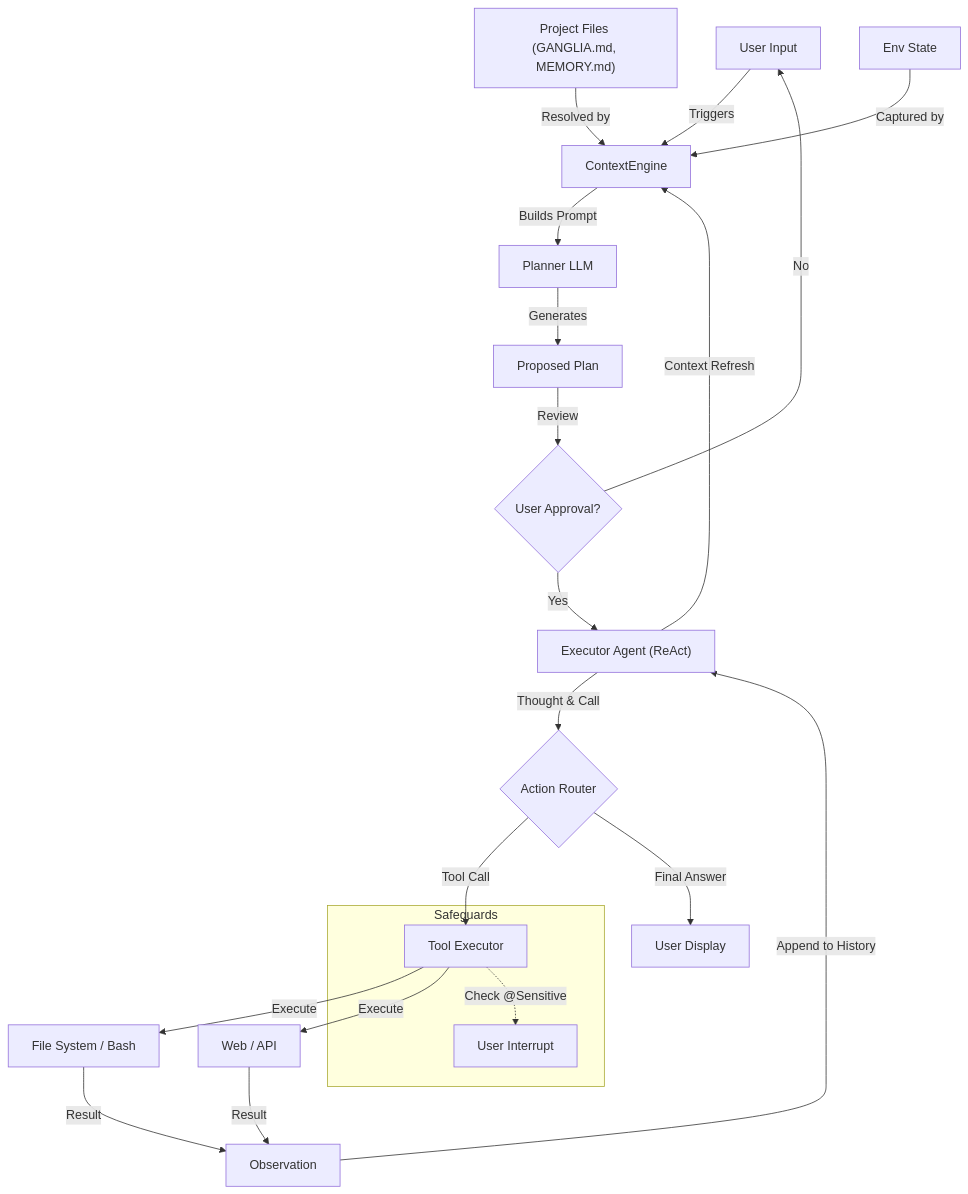
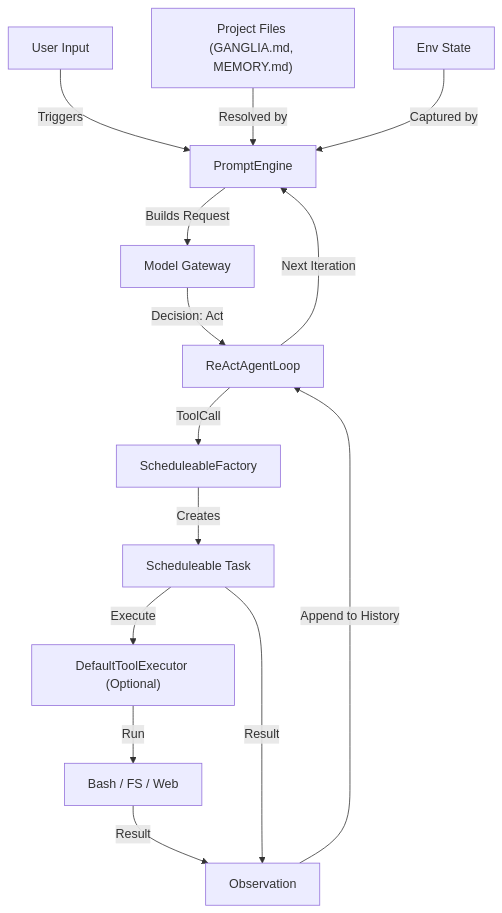
Before and after one commit to stream-iori/ganglia: the second of 2 diagrams in docs/ARCHITECTURE.md, drawn with Mermaid. The commit also changed other lines of this file and 52 other files, not shown here.

````diff
--- a/docs/ARCHITECTURE.md
+++ b/docs/ARCHITECTURE.md
@@ -149,32 +154,22 @@
 ```mermaid
 graph TD
-    User["User Input"] -->|Triggers| Engine["ContextEngine"]
-    Files["Project Files (GANGLIA.md, MEMORY.md)"] -->|Resolved by| Engine
-    Env["Env State"] -->|Captured by| Engine
+    User["User Input"] -->|Triggers| PE["PromptEngine"]
+    Files["Project Files (GANGLIA.md, MEMORY.md)"] -->|Resolved by| PE
+    Env["Env State"] -->|Captured by| PE
 
-    Engine -->|Builds Prompt| Planner["Planner LLM"]
+    PE -->|Builds Request| Model["Model Gateway"]
 
-    Planner -->|Generates| Plan["Proposed Plan"]
-    Plan -->|Review| UserApprove{"User Approval?"}
-
-    UserApprove -->|No| User
-    UserApprove -->|Yes| Executor["Executor Agent (ReAct)"]
-
-    Executor -->|Context Refresh| Engine
-    Executor -->|Thought & Call| Router{"Action Router"}
-
-    Router -->|Tool Call| ToolExecutor["Tool Executor"]
-    Router -->|Final Answer| UserOutput["User Display"]
-
-    ToolExecutor -->|Execute| FS["File System / Bash"]
-    ToolExecutor -->|Execute| Web["Web / API"]
-
-    FS -->|Result| Obs["Observation"]
-    Web -->|Result| Obs
-
-    Obs -->|Append to History| Executor
-
-    subgraph SG["Safeguards"]
-        ToolExecutor -.->|Check @Sensitive| Interrupt["User Interrupt"]
-    end
+    Model -->|Decision: Act| Loop["ReActAgentLoop"]
+    
+    Loop -->|ToolCall| Sched["ScheduleableFactory"]
+    Sched -->|Creates| Task["Scheduleable Task"]
+    
+    Task -->|Execute| Executor["DefaultToolExecutor (Optional)"]
+    Executor -->|Run| RealWorld["Bash / FS / Web"]
+    
+    RealWorld -->|Result| Obs["Observation"]
+    Task -->|Result| Obs
+    
+    Obs -->|Append to History| Loop
+    Loop -->|Next Iteration| PE
 ```
````
